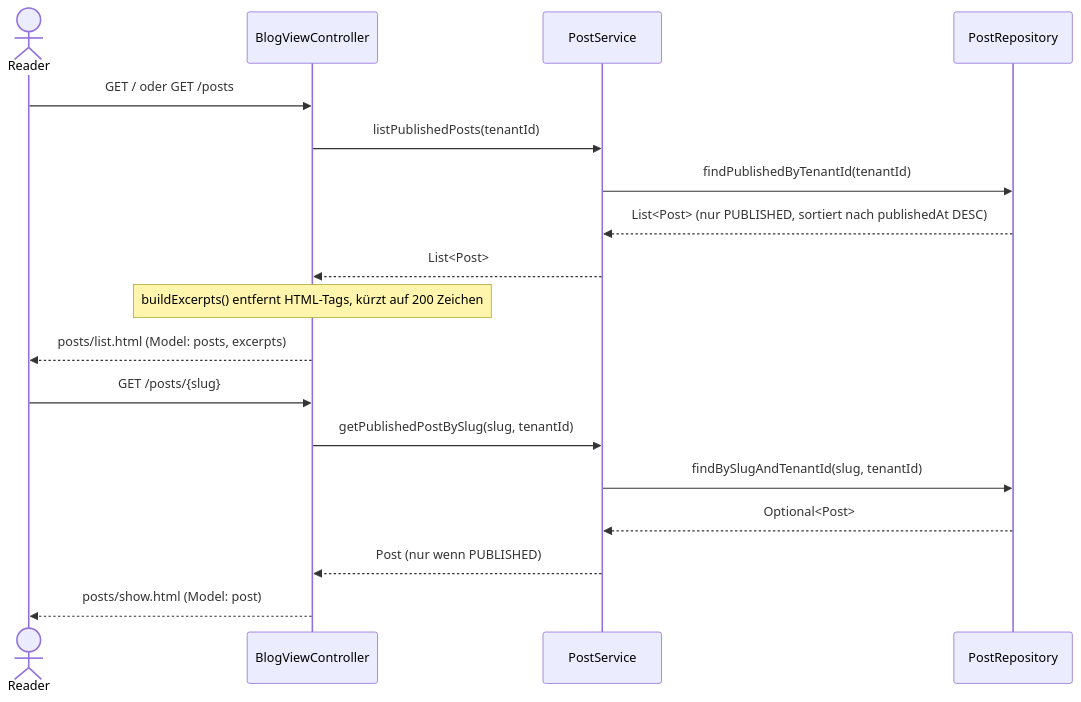
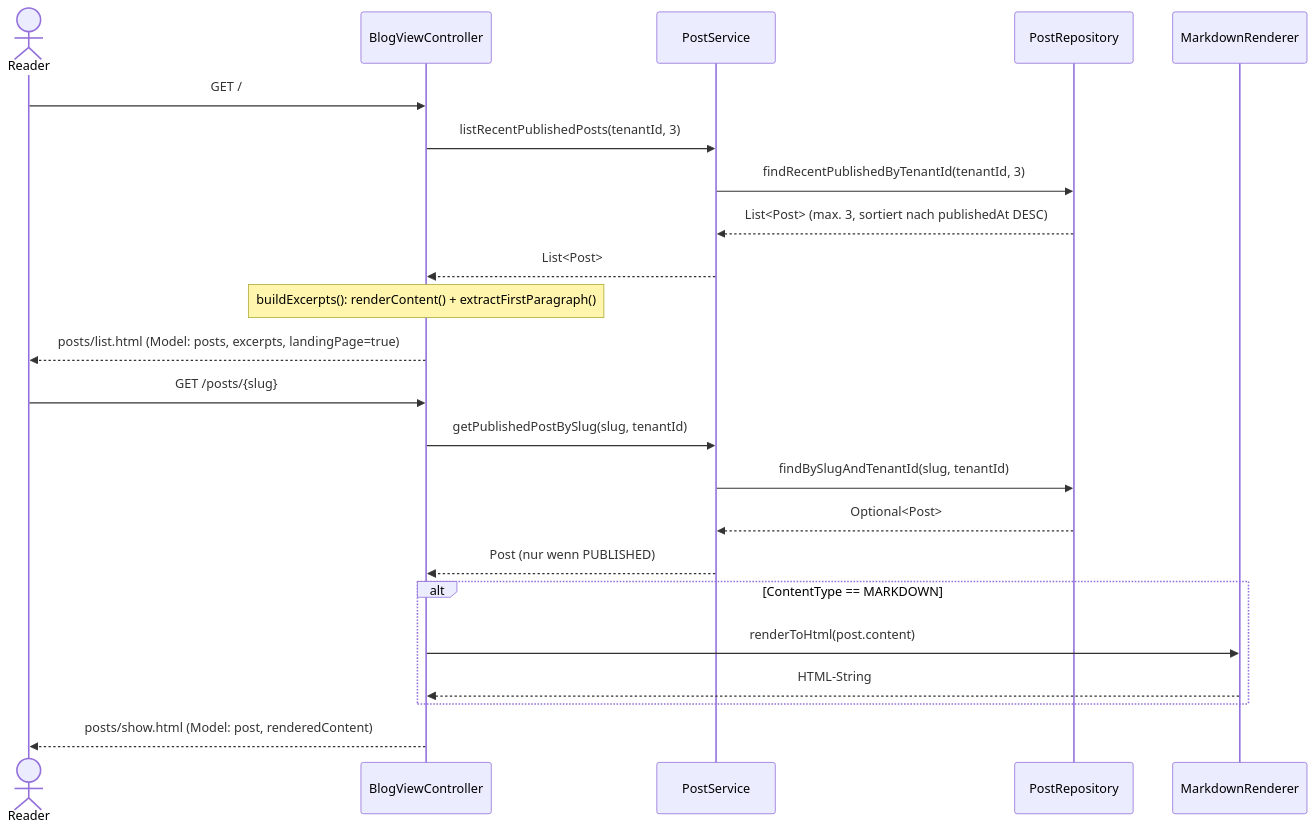
One commit to tomirgang/tomsblog changed the fifth of 13 diagrams in docs/design/modules/ROOT/pages/blog-content/index.adoc. Above: the diagram before and after it, drawn with Mermaid. The commit also changed other lines of this file and 54 other files, not shown here.

Commit message:
improve blog UI and mermaid diagram support

```diff
--- a/docs/design/modules/ROOT/pages/blog-content/index.adoc
+++ b/docs/design/modules/ROOT/pages/blog-content/index.adoc
@@ -406,23 +439,28 @@
 [mermaid]
 ----
 sequenceDiagram
     actor Reader
     participant Controller as BlogViewController
     participant Service as PostService
     participant Repo as PostRepository
+    participant MD as MarkdownRenderer
 
-    Reader->>Controller: GET / oder GET /posts
-    Controller->>Service: listPublishedPosts(tenantId)
-    Service->>Repo: findPublishedByTenantId(tenantId)
-    Repo-->>Service: List<Post> (nur PUBLISHED, sortiert nach publishedAt DESC)
+    Reader->>Controller: GET /
+    Controller->>Service: listRecentPublishedPosts(tenantId, 3)
+    Service->>Repo: findRecentPublishedByTenantId(tenantId, 3)
+    Repo-->>Service: List<Post> (max. 3, sortiert nach publishedAt DESC)
     Service-->>Controller: List<Post>
-    Note over Controller: buildExcerpts() entfernt HTML-Tags, kürzt auf 200 Zeichen
-    Controller-->>Reader: posts/list.html (Model: posts, excerpts)
+    Note over Controller: buildExcerpts(): renderContent() + extractFirstParagraph()
+    Controller-->>Reader: posts/list.html (Model: posts, excerpts, landingPage=true)
 
     Reader->>Controller: GET /posts/{slug}
     Controller->>Service: getPublishedPostBySlug(slug, tenantId)
     Service->>Repo: findBySlugAndTenantId(slug, tenantId)
     Repo-->>Service: Optional<Post>
     Service-->>Controller: Post (nur wenn PUBLISHED)
-    Controller-->>Reader: posts/show.html (Model: post)
+    alt ContentType == MARKDOWN
+        Controller->>MD: renderToHtml(post.content)
+        MD-->>Controller: HTML-String
+    end
+    Controller-->>Reader: posts/show.html (Model: post, renderedContent)
 ----
```
